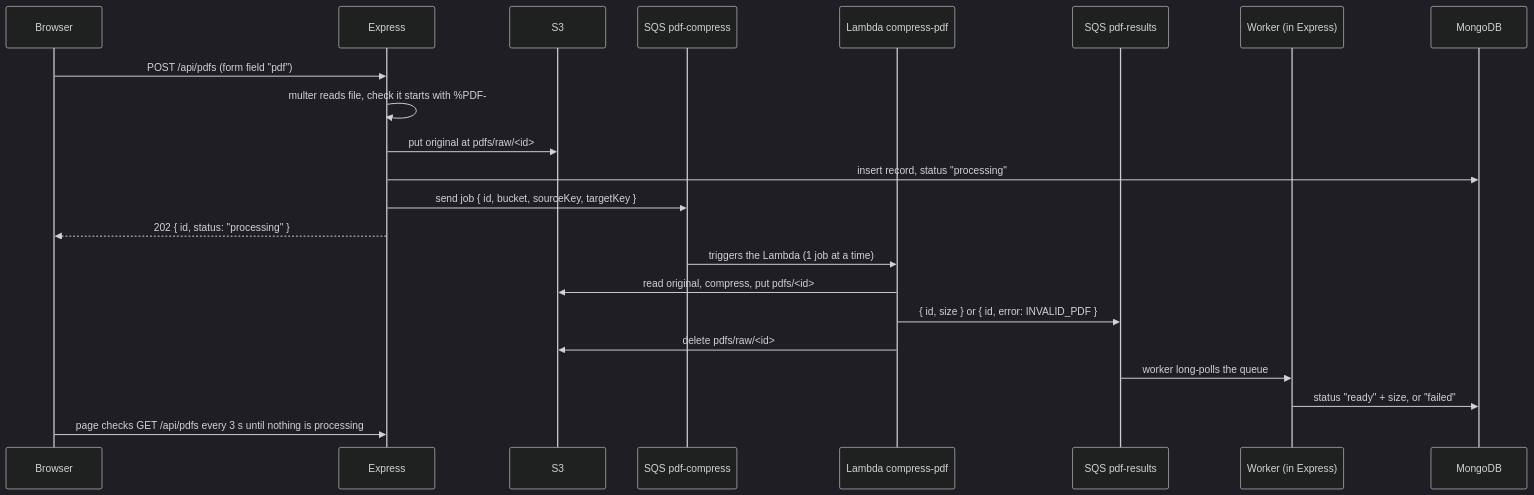
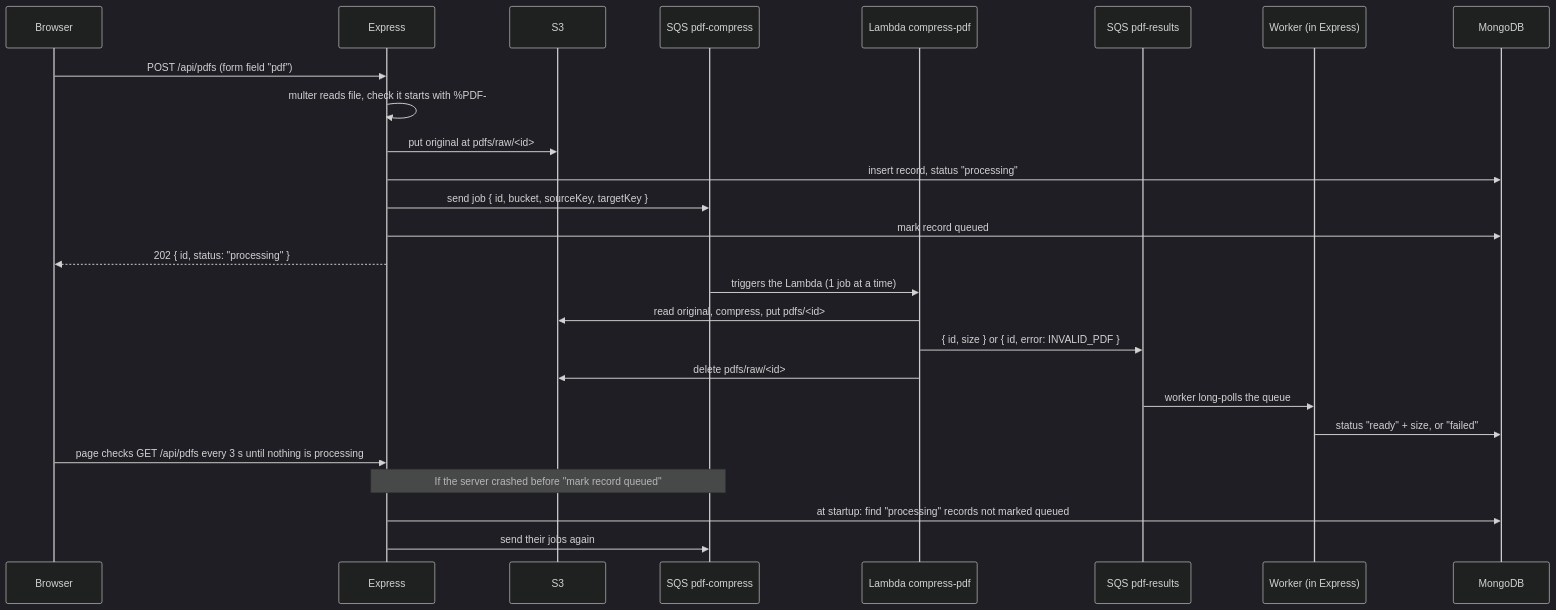
The third of 4 diagrams in ARCHITECTURE.md (kushshah1554/localstack), drawn with Mermaid (dark theme) before and after one commit. The commit also changed other lines of this file and 1 other file, not shown here.

Commit message:
fix: update architecture documentation and reliability test results

````diff
--- a/ARCHITECTURE.md
+++ b/ARCHITECTURE.md
@@ -66,26 +66,31 @@
 ```mermaid
 sequenceDiagram
     participant B as Browser
     participant E as Express
     participant S as S3
     participant Q as SQS pdf-compress
     participant L as Lambda compress-pdf
     participant R as SQS pdf-results
     participant W as Worker (in Express)
     participant M as MongoDB
 
     B->>E: POST /api/pdfs (form field "pdf")
     E->>E: multer reads file, check it starts with %PDF-
     E->>S: put original at pdfs/raw/<id>
     E->>M: insert record, status "processing"
     E->>Q: send job { id, bucket, sourceKey, targetKey }
+    E->>M: mark record queued
     E-->>B: 202 { id, status: "processing" }
 
     Q->>L: triggers the Lambda (1 job at a time)
     L->>S: read original, compress, put pdfs/<id>
     L->>R: { id, size }  or  { id, error: INVALID_PDF }
     L->>S: delete pdfs/raw/<id>
     R->>W: worker long-polls the queue
     W->>M: status "ready" + size, or "failed"
     B->>E: page checks GET /api/pdfs every 3 s until nothing is processing
+
+    Note over E,Q: If the server crashed before "mark record queued"
+    E->>M: at startup: find "processing" records not marked queued
+    E->>Q: send their jobs again
 ```
````
